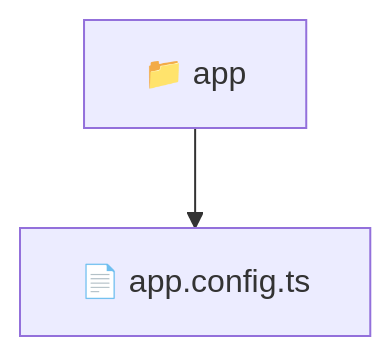
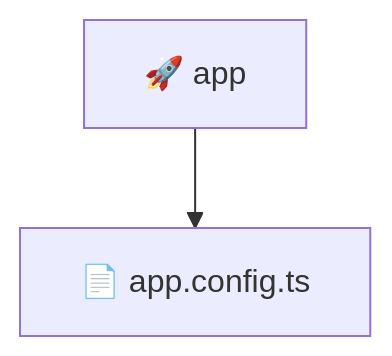
Before and after one commit to beginwebdev2002/fullstack-mavluda: the diagram in frontend/src/app/README.md, drawn with Mermaid. The commit also changed other lines of this file and 164 other files, not shown here.

````diff
--- a/frontend/src/app/README.md
+++ b/frontend/src/app/README.md
@@ -11,5 +9,5 @@
 ```mermaid
 graph TD
-  Root["📁 app"]
-  Root --> app_config_ts["📄 app.config.ts"]
+  Root_app["🚀 app"]
+  Root_app --> f_app_config_ts["📄 app.config.ts"]
 ```
````
